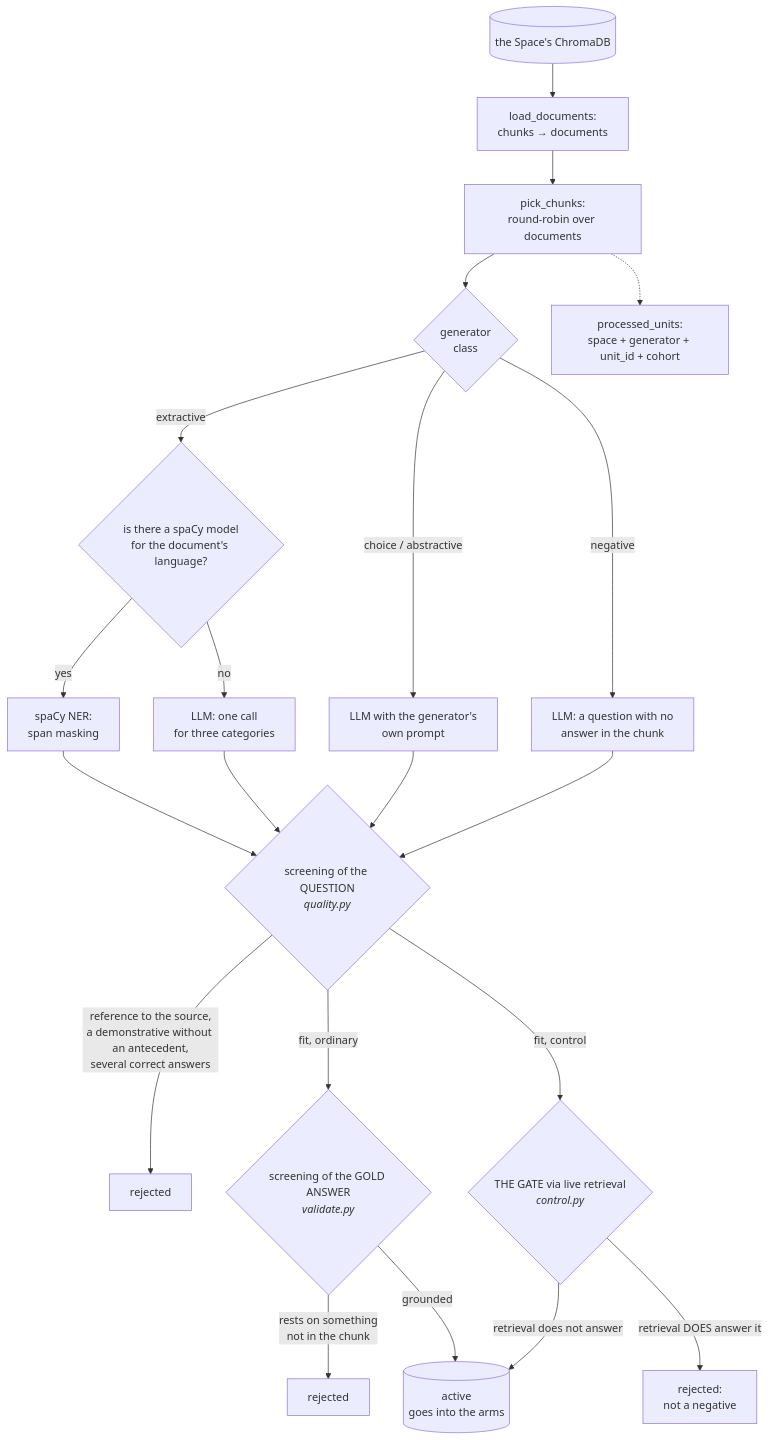
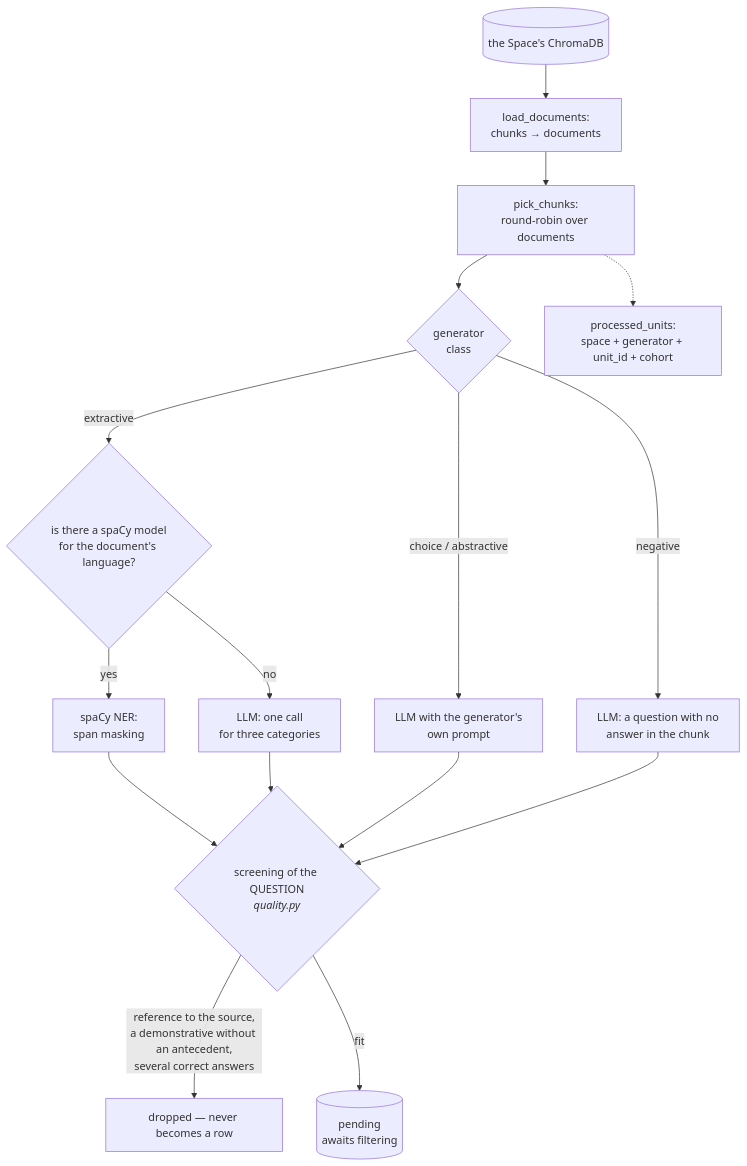
One commit to OpenMined/syft-space changed the first of 2 diagrams in packages/benchmark/docs/02-generation.md. Above: the diagram before and after it, drawn with Mermaid. The commit also changed other lines of this file and 85 other files, not shown here.

````diff
--- a/packages/benchmark/docs/02-generation.md
+++ b/packages/benchmark/docs/02-generation.md
@@ -202,28 +203,23 @@
 ```mermaid
 flowchart TB
     CH[("the Space's ChromaDB")] --> LOAD["load_documents:<br/>chunks → documents"]
     LOAD --> PICK["pick_chunks:<br/>round-robin over documents"]
     PICK --> SPLIT{"generator<br/>class"}
 
     SPLIT -- "extractive" --> LANG{"is there a spaCy model<br/>for the document's language?"}
     LANG -- "yes" --> SPACY["spaCy NER:<br/>span masking"]
     LANG -- "no" --> LLMX["LLM: one call<br/>for three categories"]
     SPLIT -- "choice / abstractive" --> LLMG["LLM with the generator's<br/>own prompt"]
     SPLIT -- "negative" --> LLMN["LLM: a question with no<br/>answer in the chunk"]
 
     SPACY --> R1
     LLMX --> R1
     LLMG --> R1
     LLMN --> R1
 
-    R1{"screening of the QUESTION<br/><i>quality.py</i>"} -- "reference to the source,<br/>a demonstrative without an antecedent,<br/>several correct answers" --> REJ1["rejected"]
-    R1 -- "fit, ordinary" --> R2{"screening of the GOLD ANSWER<br/><i>validate.py</i>"}
-    R1 -- "fit, control" --> R3{"THE GATE via live retrieval<br/><i>control.py</i>"}
-    R2 -- "rests on something<br/>not in the chunk" --> REJ2["rejected"]
-    R2 -- "grounded" --> ACT[("active<br/>goes into the arms")]
-    R3 -- "retrieval DOES answer it" --> REJ3["rejected:<br/>not a negative"]
-    R3 -- "retrieval does not answer" --> ACT
+    R1{"screening of the QUESTION<br/><i>quality.py</i>"} -- "reference to the source,<br/>a demonstrative without an antecedent,<br/>several correct answers" --> DROP["dropped — never becomes a row"]
+    R1 -- "fit" --> PEND[("pending<br/>awaits filtering")]
 
     MARK["processed_units:<br/>space + generator + unit_id + cohort"]
     PICK -.-> MARK
 ```
````
